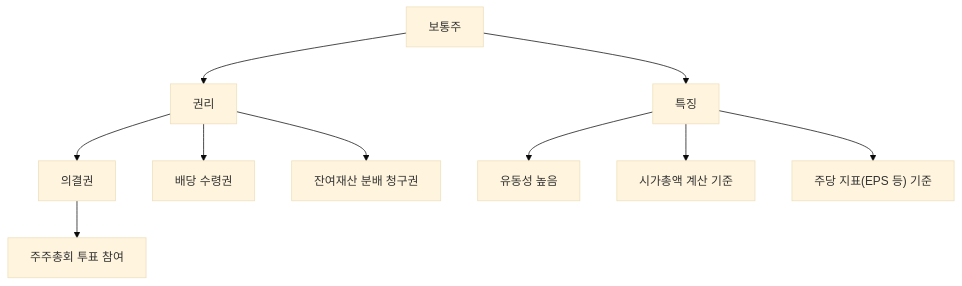
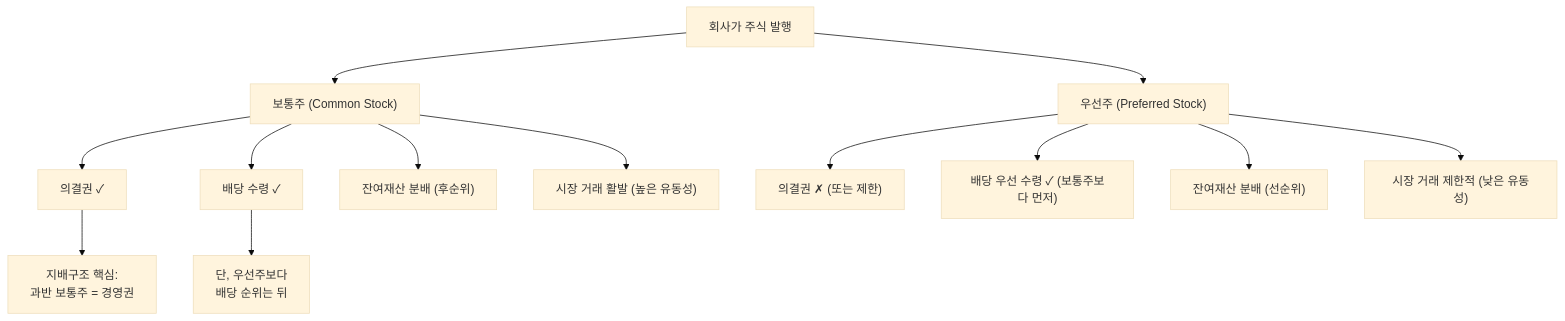
The diagram in content/stock-terms/ko/level-01-basic/common-stock.md (yeongseon/stock-visual-note), drawn with Mermaid (base theme) before and after one commit. The commit also changed other lines of this file, not shown here.

First line of the commit message:
content: rewrite common-stock.md — governance power, 괴리율 strategy, EPS basis

````diff
--- a/content/stock-terms/ko/level-01-basic/common-stock.md
+++ b/content/stock-terms/ko/level-01-basic/common-stock.md
@@ -49,12 +64,20 @@
 ```mermaid
 graph TD
-    A["보통주"] --> B["권리"]
-    A --> C["특징"]
-    B --> B1["의결권"]
-    B --> B2["배당 수령권"]
-    B --> B3["잔여재산 분배 청구권"]
-    B1 --> B1a["주주총회 투표 참여"]
-    C --> C1["유동성 높음"]
-    C --> C2["시가총액 계산 기준"]
-    C --> C3["주당 지표(EPS 등) 기준"]
+    A["회사가 주식 발행"]
+    
+    A --> B["보통주 (Common Stock)"]
+    A --> C["우선주 (Preferred Stock)"]
+    
+    B --> B1["의결권 ✓"]
+    B --> B2["배당 수령 ✓"]
+    B --> B3["잔여재산 분배 (후순위)"]
+    B --> B4["시장 거래 활발 (높은 유동성)"]
+    
+    C --> C1["의결권 ✗ (또는 제한)"]
+    C --> C2["배당 우선 수령 ✓ (보통주보다 먼저)"]
+    C --> C3["잔여재산 분배 (선순위)"]
+    C --> C4["시장 거래 제한적 (낮은 유동성)"]
+    
+    B1 --> D["지배구조 핵심:<br/>과반 보통주 = 경영권"]
+    B2 --> E["단, 우선주보다<br/>배당 순위는 뒤"]
 ```
````
